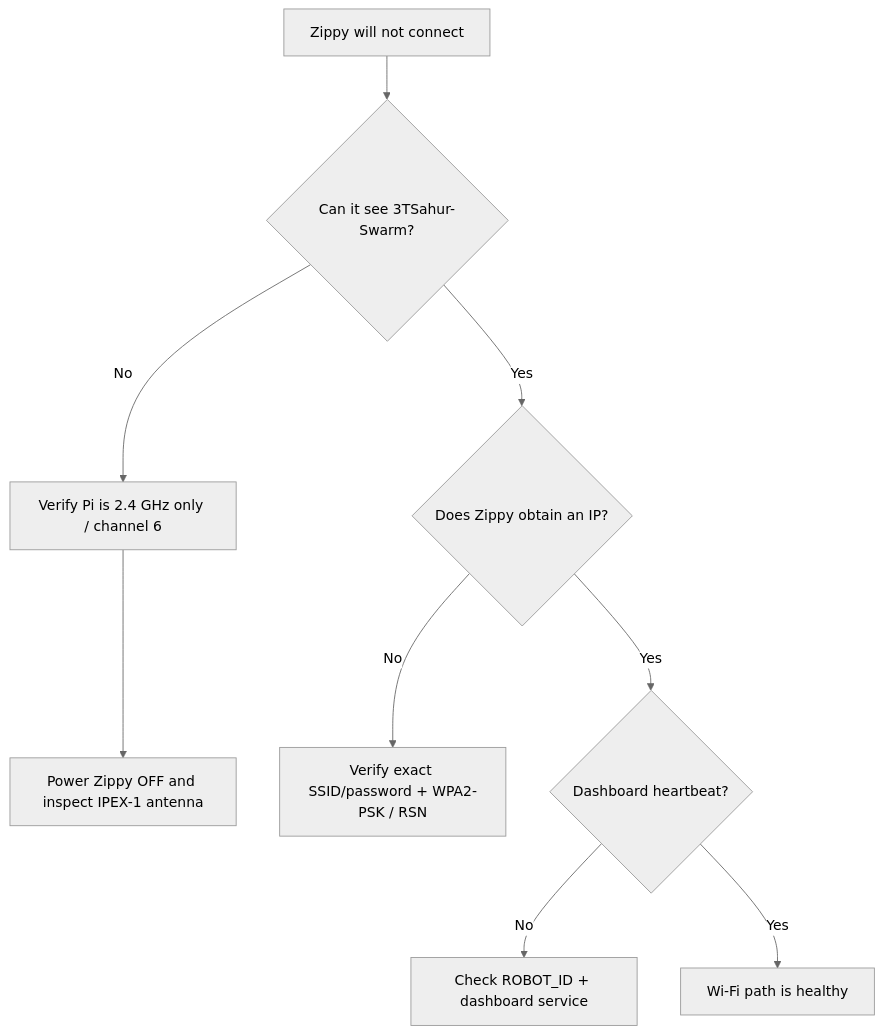
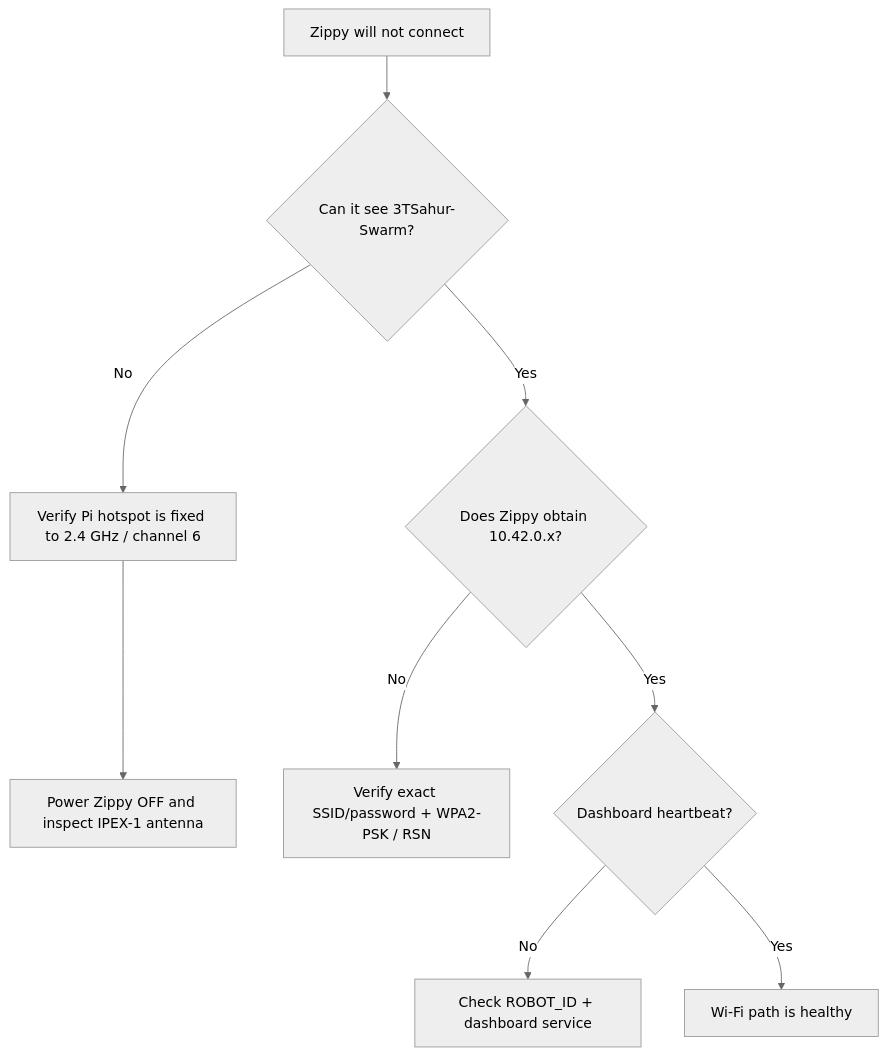
One commit to william-thompsonthe1st/STEM-Research-Academy changed the eighth of 9 diagrams in README.md. Above: the diagram before and after it, drawn with Mermaid (neutral theme). The commit also changed other lines of this file, not shown here.

````diff
--- a/README.md
+++ b/README.md
@@ -187,11 +272,11 @@
 ```mermaid
 flowchart TD
     A["Zippy will not connect"] --> B{"Can it see 3TSahur-Swarm?"}
-    B -- No --> C["Verify Pi is 2.4 GHz only / channel 6"]
+    B -- No --> C["Verify Pi hotspot is fixed to 2.4 GHz / channel 6"]
     C --> D["Power Zippy OFF and inspect IPEX-1 antenna"]
-    B -- Yes --> E{"Does Zippy obtain an IP?"}
+    B -- Yes --> E{"Does Zippy obtain 10.42.0.x?"}
     E -- No --> F["Verify exact SSID/password + WPA2-PSK / RSN"]
     E -- Yes --> G{"Dashboard heartbeat?"}
     G -- No --> H["Check ROBOT_ID + dashboard service"]
     G -- Yes --> I["Wi-Fi path is healthy"]
 ```
````
